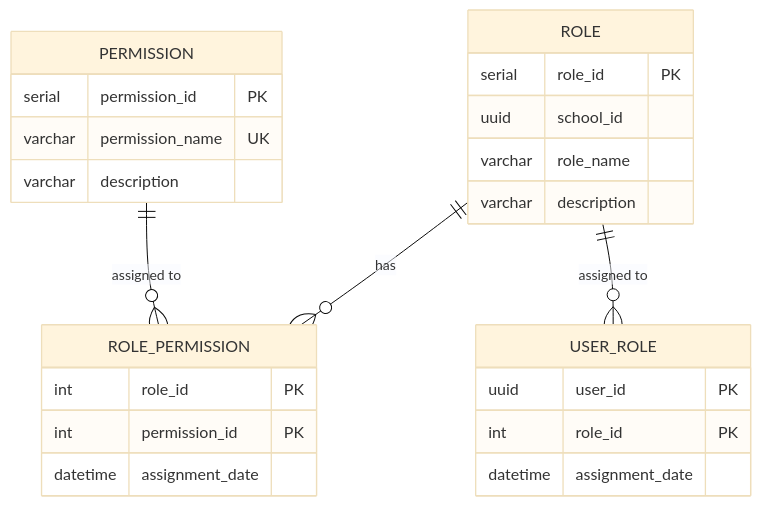
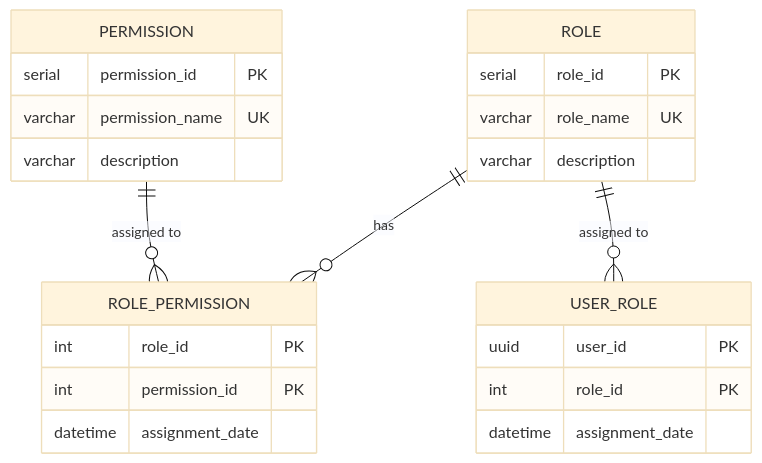
Before and after one commit to code-sena/fae-docs: the diagram in 06-data/domains/02-authorization.md, drawn with Mermaid (base theme). The commit also changed other lines of this file and 14 other files, not shown here.

````diff
--- a/06-data/domains/02-authorization.md
+++ b/06-data/domains/02-authorization.md
@@ -202,28 +198,27 @@
 ```mermaid
 erDiagram
     ROLE {
         serial role_id PK
-        uuid school_id
-        varchar role_name
+        varchar role_name UK
         varchar description
     }
     PERMISSION {
         serial permission_id PK
         varchar permission_name UK
         varchar description
     }
     ROLE_PERMISSION {
         int role_id PK
         int permission_id PK
         datetime assignment_date
     }
     USER_ROLE {
         uuid user_id PK
         int role_id PK
         datetime assignment_date
     }
 
     ROLE ||--o{ ROLE_PERMISSION : "has"
     PERMISSION ||--o{ ROLE_PERMISSION : "assigned to"
     ROLE ||--o{ USER_ROLE : "assigned to"
 ```
````
